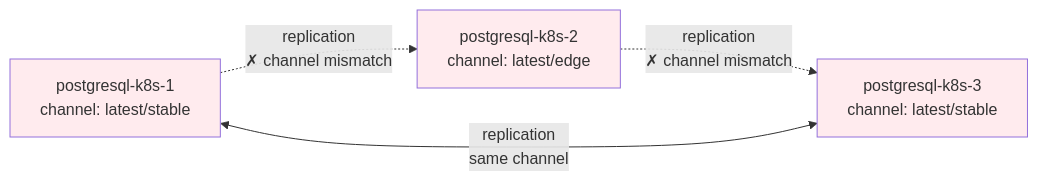
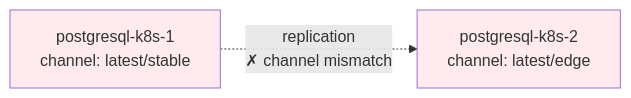
Before and after one commit to canonical/charm-integration-testing: diagram 15 of 16 in docs/reference/charm-deployment-constraints.rst, drawn with Mermaid. The commit also changed other lines of this file and 1 other file, not shown here.

```diff
--- a/docs/reference/charm-deployment-constraints.rst
+++ b/docs/reference/charm-deployment-constraints.rst
@@ -363,14 +359,10 @@
 .. mermaid::
 
    graph LR
        pg1[postgresql-k8s-1<br/>channel: latest/stable]
        pg2[postgresql-k8s-2<br/>channel: latest/edge]
-       pg3[postgresql-k8s-3<br/>channel: latest/stable]
        
        pg1 -.->|replication<br/>✗ channel mismatch| pg2
-       pg2 -.->|replication<br/>✗ channel mismatch| pg3
-       pg1 <-->|replication<br/>same channel| pg3
        
        style pg1 fill:#ffebee
        style pg2 fill:#ffebee
-       style pg3 fill:#ffebee
```
